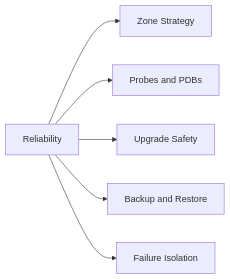
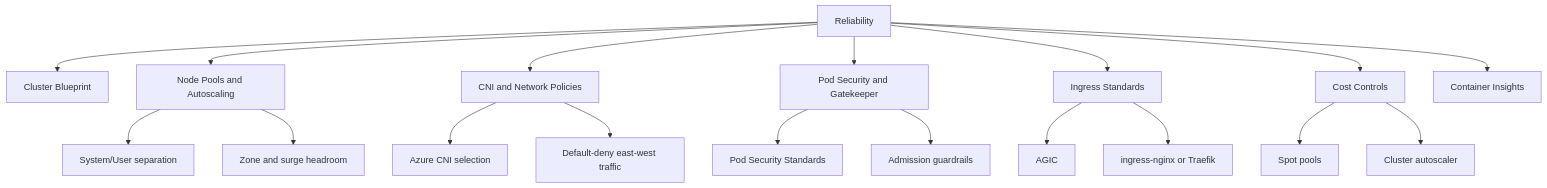
The diagram in docs/best-practices/reliability.md (yeongseon/azure-kubernetes-service-practical-guide), drawn with Mermaid before and after one commit. The commit also changed other lines of this file and 20 other files, not shown here.

````diff
--- a/docs/best-practices/reliability.md
+++ b/docs/best-practices/reliability.md
@@ -7,8 +7,20 @@
 ```mermaid
-flowchart LR
-    A[Reliability] --> B[Zone Strategy]
-    A --> C[Probes and PDBs]
-    A --> D[Upgrade Safety]
-    A --> E[Backup and Restore]
-    A --> F[Failure Isolation]
+flowchart TD
+    A[Reliability] --> B[Cluster Blueprint]
+    A --> C[Node Pools and Autoscaling]
+    A --> D[CNI and Network Policies]
+    A --> E[Pod Security and Gatekeeper]
+    A --> F[Ingress Standards]
+    A --> G[Cost Controls]
+    A --> H[Container Insights]
+    C --> C1[System/User separation]
+    C --> C2[Zone and surge headroom]
+    D --> D1[Azure CNI selection]
+    D --> D2[Default-deny east-west traffic]
+    E --> E1[Pod Security Standards]
+    E --> E2[Admission guardrails]
+    F --> F1[AGIC]
+    F --> F2[ingress-nginx or Traefik]
+    G --> G1[Spot pools]
+    G --> G2[Cluster autoscaler]
 ```
````
